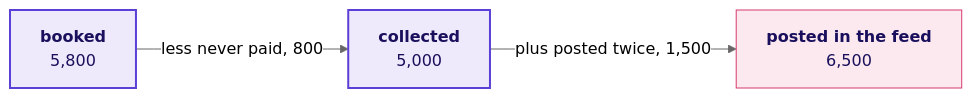
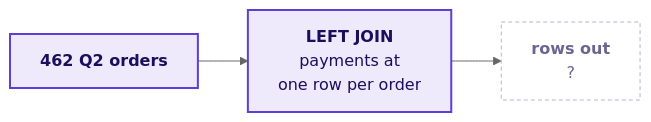
Diagram 14 of 25 in content/W02/D2/slides/C2_W02_D02_half1_STUDENT.md (fde-academy-lab/c2-content-factory), drawn with Mermaid (neutral theme) before and after one commit. The commit also changed other lines of this file and 11 other files, not shown here.

````diff
--- a/content/W02/D2/slides/C2_W02_D02_half1_STUDENT.md
+++ b/content/W02/D2/slides/C2_W02_D02_half1_STUDENT.md
@@ -645,9 +1005,9 @@
 ```mermaid
 flowchart LR
-    B["<b>booked</b><br/>5,800"] -->|"less never paid, 800"| C["<b>collected</b><br/>5,000"]
-    C -->|"plus posted twice, 1,500"| P["<b>posted in the feed</b><br/>6,500"]
+    O["<b>462 Q2 orders</b>"] --> J["<b>LEFT JOIN</b><br/>payments at<br/>one row per order"]
+    J --> R["<b>rows out</b><br/>?"]
     classDef known fill:#EEEAFB,stroke:#5B3FD6,color:#1A0F5C,stroke-width:2px
-    classDef bad fill:#FBE9EF,stroke:#D63A6A,color:#1A0F5C
-    class B,C known
-    class P bad
+    classDef unknown fill:#FFFFFF,stroke:#B8B2D6,color:#6B6690,stroke-dasharray:4 3
+    class O,J known
+    class R unknown
 ```
````
